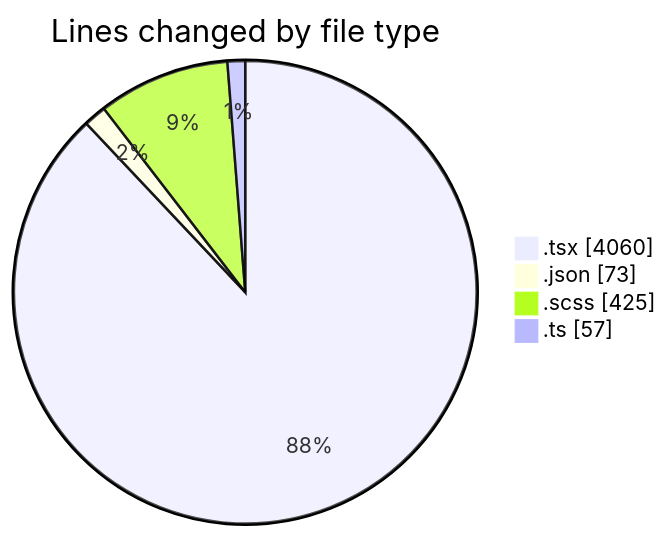
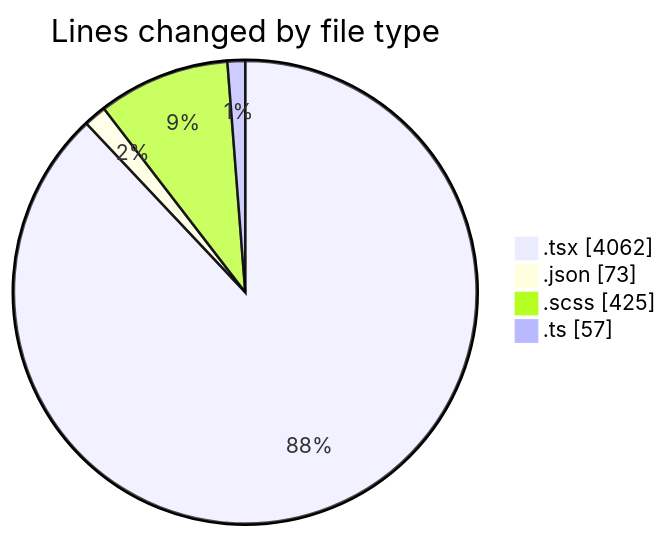
One commit to momahboobian/code-tracking changed the first of 2 diagrams in 2025-10-02/cda/README.md. Above: the diagram before and after it, drawn with Mermaid. The commit also changed other lines of this file and 1 other file, not shown here.

````diff
--- a/2025-10-02/cda/README.md
+++ b/2025-10-02/cda/README.md
@@ -29,8 +29,8 @@
 ```mermaid
 pie showData
 title Lines changed by file type
-".tsx" : 4060
+".tsx" : 4062
 ".json" : 73
 ".scss" : 425
 ".ts" : 57
 ```
````
